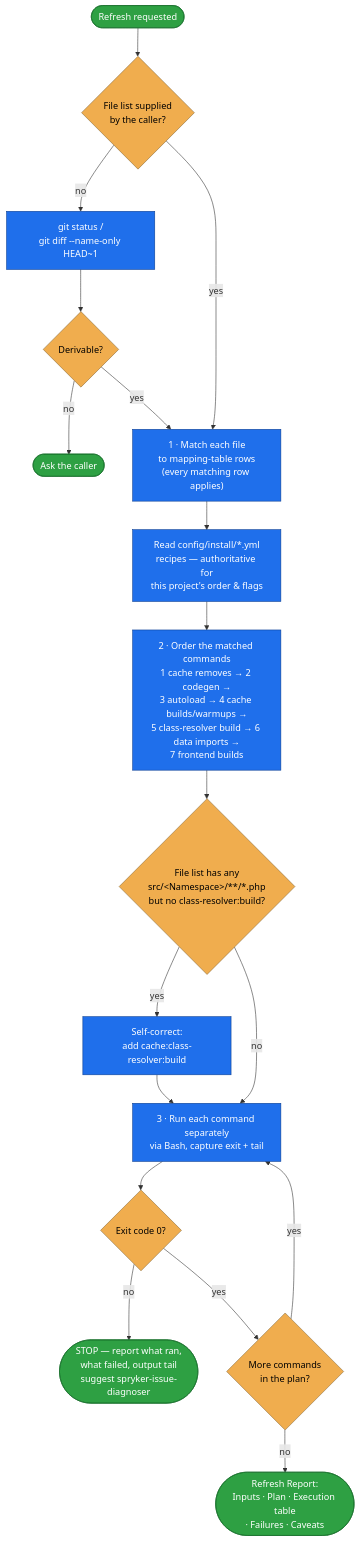
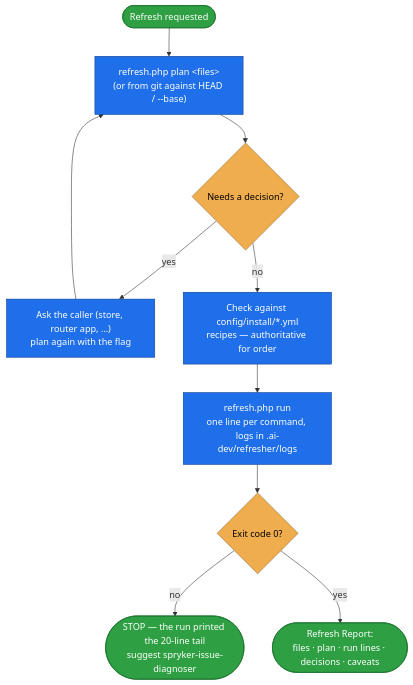
One commit to spryker-sdk/ai-dev changed the diagram in plugins/spryker-ai-dev-sdk/skills/spryker-refresher/README.md. Above: the diagram before and after it, drawn with Mermaid. The commit also changed other lines of this file and 4 other files, not shown here.

First line of the commit message:
Plan and run the refresher commands with a script

````diff
--- a/plugins/spryker-ai-dev-sdk/skills/spryker-refresher/README.md
+++ b/plugins/spryker-ai-dev-sdk/skills/spryker-refresher/README.md
@@ -25,30 +25,19 @@
 ```mermaid
 flowchart TD
-    A([Refresh requested]) --> B{"File list supplied<br/>by the caller?"}
-    B -- "no" --> B1["git status /<br/>git diff --name-only HEAD~1"]
-    B1 --> B2{"Derivable?"}
-    B2 -- "no" --> ASK([Ask the caller])
-    B2 -- "yes" --> C
-    B -- "yes" --> C["1 · Match each file<br/>to mapping-table rows<br/>(every matching row applies)"]
-
-    C --> R["Read config/install/*.yml<br/>recipes — authoritative for<br/>this project's order &amp; flags"]
-    R --> D["2 · Order the matched commands<br/>1 cache removes → 2 codegen →<br/>3 autoload → 4 cache builds/warmups →<br/>5 class-resolver build → 6 data imports →<br/>7 frontend builds"]
-
-    D --> SC{"File list has any<br/>src/&lt;Namespace&gt;/**/*.php<br/>but no class-resolver:build?"}
-    SC -- "yes" --> SCFIX["Self-correct:<br/>add cache:class-resolver:build"]
-    SCFIX --> E
-    SC -- "no" --> E["3 · Run each command separately<br/>via Bash, capture exit + tail"]
-
+    A([Refresh requested]) --> B["refresh.php plan &lt;files&gt;<br/>(or from git against HEAD / --base)"]
+    B --> C{"Needs a decision?"}
+    C -- "yes" --> D["Ask the caller (store, router app, …)<br/>plan again with the flag"]
+    D --> B
+    C -- "no" --> R["Check against config/install/*.yml<br/>recipes — authoritative for order"]
+    R --> E["refresh.php run<br/>one line per command, logs in .ai-dev/refresher/logs"]
     E --> F{"Exit code 0?"}
-    F -- "no" --> STOP(["STOP — report what ran,<br/>what failed, output tail<br/>suggest spryker-issue-diagnoser"])
-    F -- "yes" --> G{"More commands<br/>in the plan?"}
-    G -- "yes" --> E
-    G -- "no" --> H(["Refresh Report:<br/>Inputs · Plan · Execution table<br/>· Failures · Caveats"])
+    F -- "no" --> STOP(["STOP — the run printed the 20-line tail<br/>suggest spryker-issue-diagnoser"])
+    F -- "yes" --> H(["Refresh Report:<br/>files · plan · run lines · decisions · caveats"])
 
     classDef step fill:#1f6feb,stroke:#0b3d91,color:#fff;
     classDef decision fill:#f0ad4e,stroke:#8a6d3b,color:#000;
     classDef terminal fill:#2ea043,stroke:#176f2c,color:#fff;
-    class B1,C,R,D,SCFIX,E step;
-    class B,B2,SC,F,G decision;
-    class A,ASK,STOP,H terminal;
+    class B,D,R,E step;
+    class C,F decision;
+    class A,STOP,H terminal;
 ```
````
